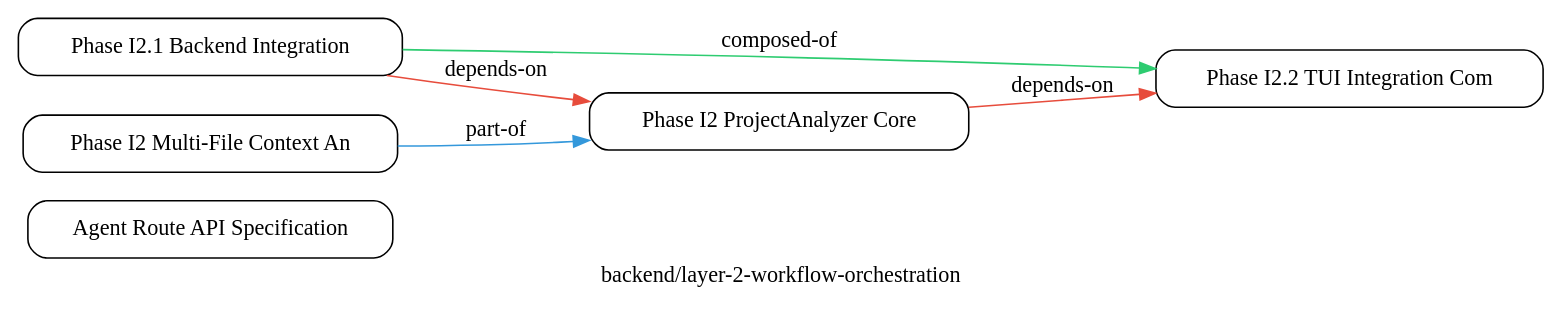
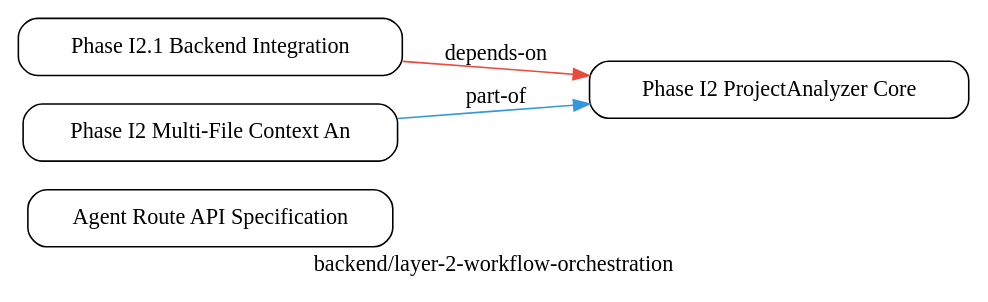
One commit to uvlightdrops/kicli-code-assist changed the diagram in doc/.graphs/backend_layer-2-workflow-orchestration.dot. Above: the diagram before and after it, drawn with Graphviz. The commit also changed 7 other files, not shown here.

First line of the commit message:
Regenerate doc graphs with Layer 1/2/3 relations

```diff
--- a/doc/.graphs/backend_layer-2-workflow-orchestration.dot
+++ b/doc/.graphs/backend_layer-2-workflow-orchestration.dot
@@ -1,16 +1,13 @@
 digraph "Doc Graph" {
   rankdir=LR;
   node [shape=box, style=rounded];
   label="backend/layer-2-workflow-orchestration";
   
   "AGENT_ROUTE_SPEC" [label="Agent Route API Specification"];
   "PHASE_I2_1_ENDPOINT_INTEGRATION" [label="Phase I2.1 Backend Integration"];
-  "PHASE_I2_2_TUI_INTEGRATION_COMPLETE" [label="Phase I2.2 TUI Integration Com"];
   "PHASE_I2_MULTIFILE_ANALYSIS" [label="Phase I2 Multi-File Context An"];
   "PHASE_I2_PROJECTANALYZER_COMPLETE" [label="Phase I2 ProjectAnalyzer Core "];
   
-  "PHASE_I2_PROJECTANALYZER_COMPLETE" -> "PHASE_I2_2_TUI_INTEGRATION_COMPLETE" [label="depends-on", color="#e74c3c"];
   "PHASE_I2_MULTIFILE_ANALYSIS" -> "PHASE_I2_PROJECTANALYZER_COMPLETE" [label="part-of", color="#3498db"];
   "PHASE_I2_1_ENDPOINT_INTEGRATION" -> "PHASE_I2_PROJECTANALYZER_COMPLETE" [label="depends-on", color="#e74c3c"];
-  "PHASE_I2_1_ENDPOINT_INTEGRATION" -> "PHASE_I2_2_TUI_INTEGRATION_COMPLETE" [label="composed-of", color="#2ecc71"];
 }
```
